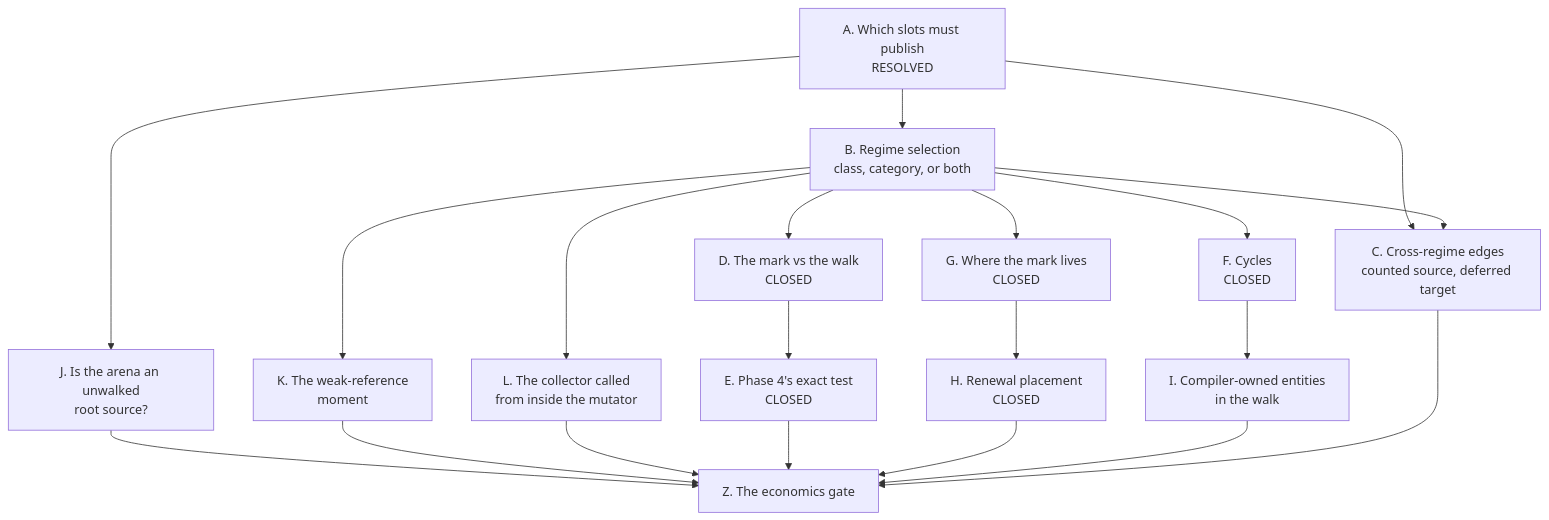
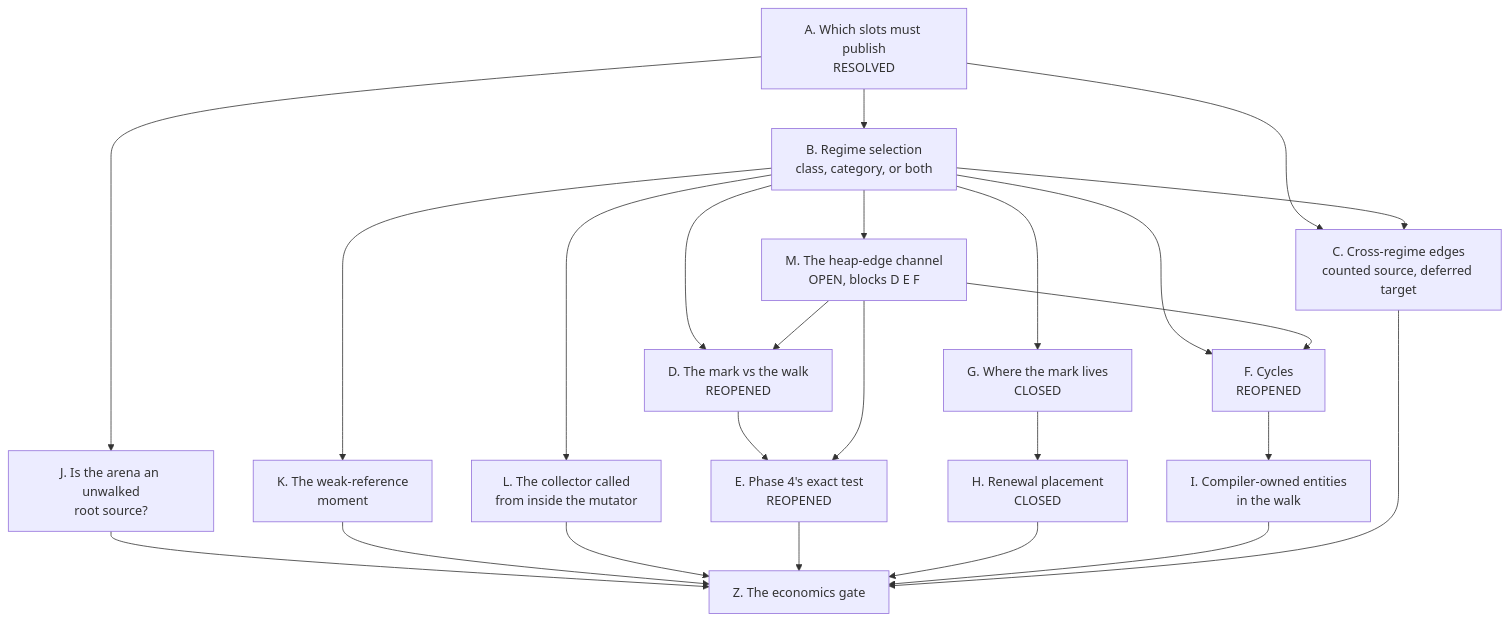
The diagram in model/gc/gc-horizon-v2/questions.md (limelight-lang/rfc), drawn with Mermaid before and after one commit. The commit also changed other lines of this file, not shown here.

Commit message:
gc: the heap-edge channel reopens D, E and F

````diff
--- a/model/gc/gc-horizon-v2/questions.md
+++ b/model/gc/gc-horizon-v2/questions.md
@@ -9,36 +9,41 @@
 ```mermaid
 graph TD
     A["A. Which slots must publish<br/>RESOLVED"]
     B["B. Regime selection<br/>class, category, or both"]
     C["C. Cross-regime edges<br/>counted source, deferred target"]
-    D["D. The mark vs the walk<br/>CLOSED"]
-    E["E. Phase 4's exact test<br/>CLOSED"]
-    F["F. Cycles<br/>CLOSED"]
+    D["D. The mark vs the walk<br/>REOPENED"]
+    E["E. Phase 4's exact test<br/>REOPENED"]
+    F["F. Cycles<br/>REOPENED"]
     G["G. Where the mark lives<br/>CLOSED"]
     H["H. Renewal placement<br/>CLOSED"]
     I["I. Compiler-owned entities<br/>in the walk"]
     J["J. Is the arena an unwalked<br/>root source?"]
+    M["M. The heap-edge channel<br/>OPEN, blocks D E F"]
     K["K. The weak-reference<br/>moment"]
     L["L. The collector called<br/>from inside the mutator"]
     Z["Z. The economics gate"]
 
     A --> B
     A --> C
     B --> C
     B --> D
     B --> F
     B --> G
     D --> E
     F --> I
     G --> H
     A --> J
     J --> Z
+    B --> M
+    M --> D
+    M --> E
+    M --> F
     B --> K
     K --> Z
     B --> L
     L --> Z
     E --> Z
     H --> Z
     I --> Z
     C --> Z
 ```
````
